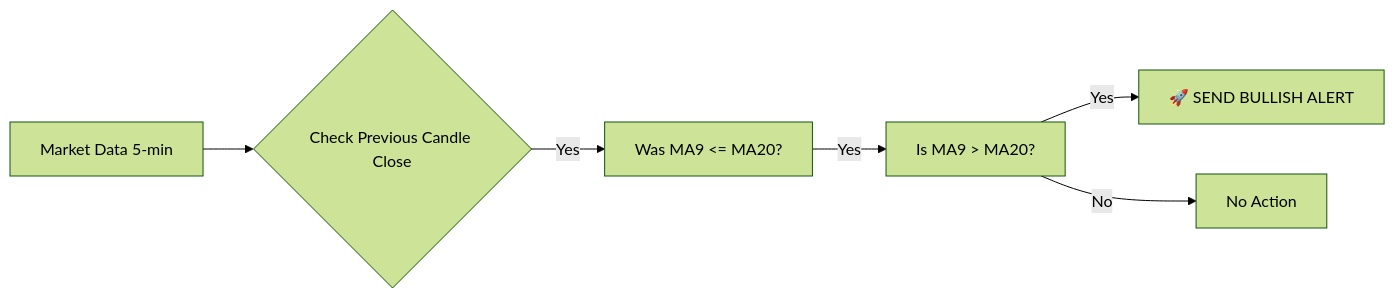
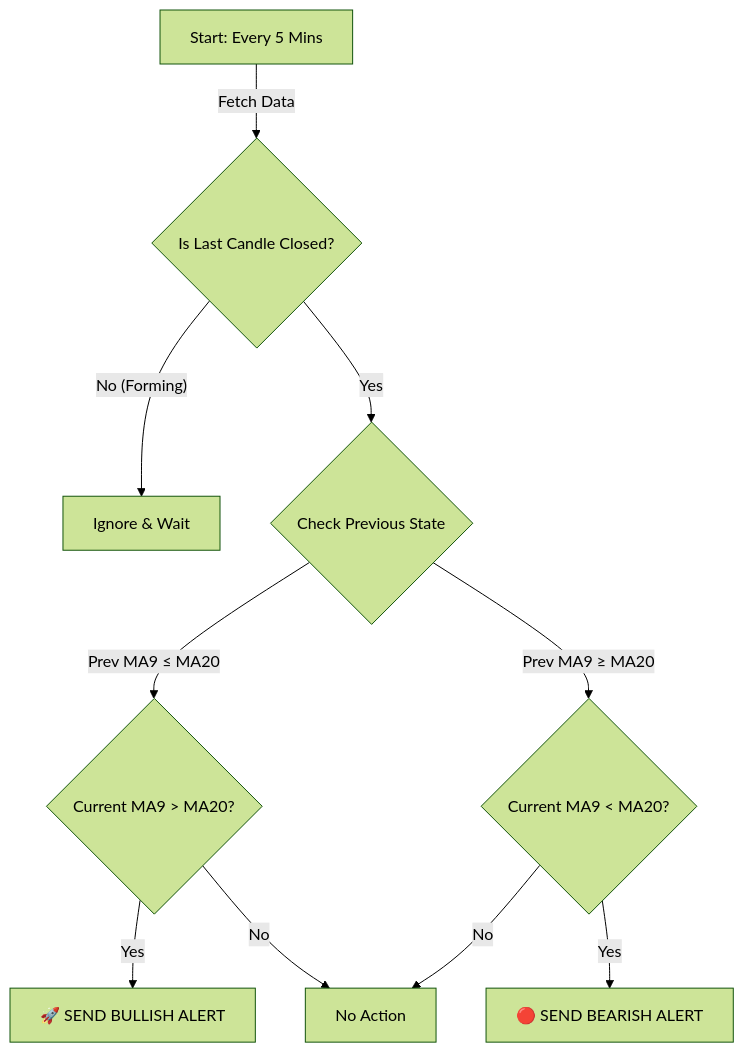
Before and after one commit to therajtinku/Trading-buy-alert: the diagram in smartapi_ma_crossover_alert/README.md, drawn with Mermaid (forest theme). The commit also changed other lines of this file, not shown here.

Commit message:
updated the flowchart

````diff
--- a/smartapi_ma_crossover_alert/README.md
+++ b/smartapi_ma_crossover_alert/README.md
@@ -30,8 +31,16 @@
 ```mermaid
-graph LR
-    A[Market Data 5-min] --> B{Check Previous Candle Close}
-    B -->|Yes| C[Was MA9 <= MA20?]
-    C -->|Yes| D[Is MA9 > MA20?]
-    D -->|Yes| E[🚀 SEND BULLISH ALERT]
-    D -->|No| F[No Action]
+graph TD
+    Start[Start: Every 5 Mins] -->|Fetch Data| Check{Is Last Candle Closed?}
+    Check -- No (Forming) --> Wait[Ignore & Wait]
+    Check -- Yes --> Prev{Check Previous State}
+    
+    %% Bullish Path
+    Prev -- "Prev MA9 ≤ MA20" --> BullCheck{Current MA9 > MA20?}
+    BullCheck -- Yes --> BullAlert[🚀 SEND BULLISH ALERT]
+    BullCheck -- No --> NoAct[No Action]
+
+    %% Bearish Path
+    Prev -- "Prev MA9 ≥ MA20" --> BearCheck{Current MA9 < MA20?}
+    BearCheck -- Yes --> BearAlert[🔴 SEND BEARISH ALERT]
+    BearCheck -- No --> NoAct
 ```
````
